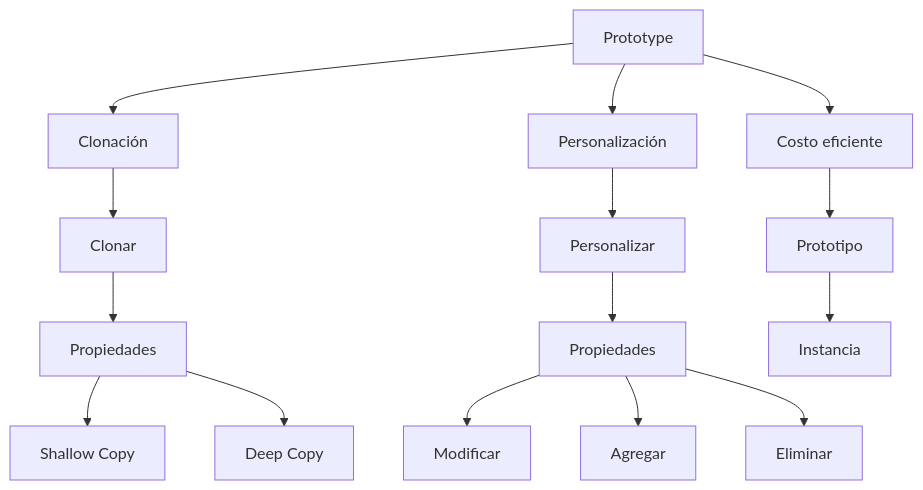
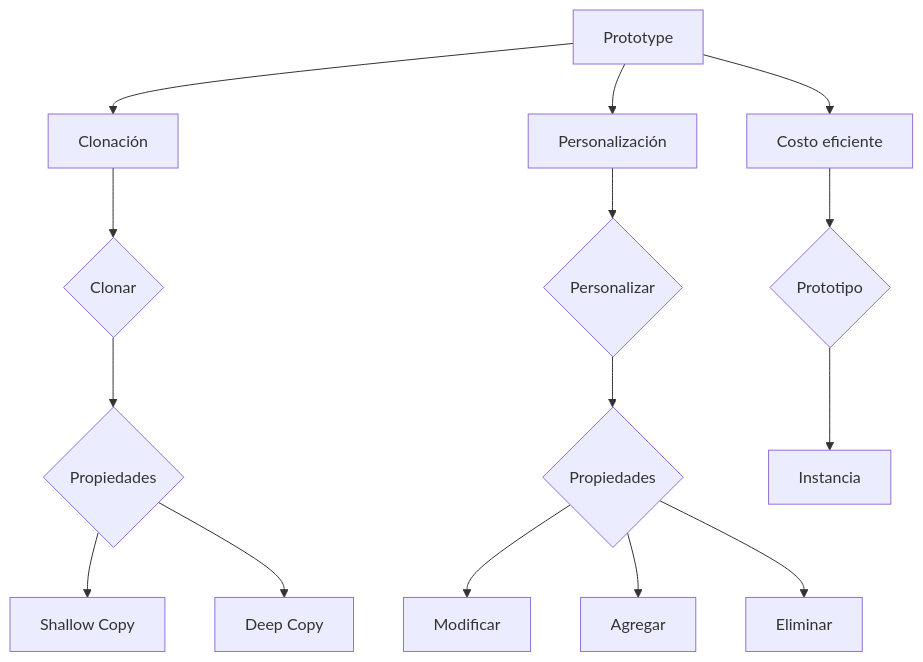
One commit to JGRoldan/patrones changed the diagram in creacionales/prototype/readme.md. Above: the diagram before and after it, drawn with Mermaid.

````diff
--- a/creacionales/prototype/readme.md
+++ b/creacionales/prototype/readme.md
@@ -2,18 +2,18 @@
 ```mermaid
 graph TD
     A[Prototype]
     A --> B[Clonación]
     A --> C[Personalización]
     A --> D[Costo eficiente]
-    B --> E[Clonar]
-    E --> F[Propiedades]
+    B --> E{Clonar}
+    E --> F{Propiedades}
     F --> G[Shallow Copy]
     F --> H[Deep Copy]
-    C --> I[Personalizar]
-    I --> J[Propiedades]
+    C --> I{Personalizar}
+    I --> J{Propiedades}
     J --> K[Modificar]
     J --> L[Agregar]
     J --> M[Eliminar]
-    D --> N[Prototipo]
+    D --> N{Prototipo}
     N --> O[Instancia]
 ```
````
